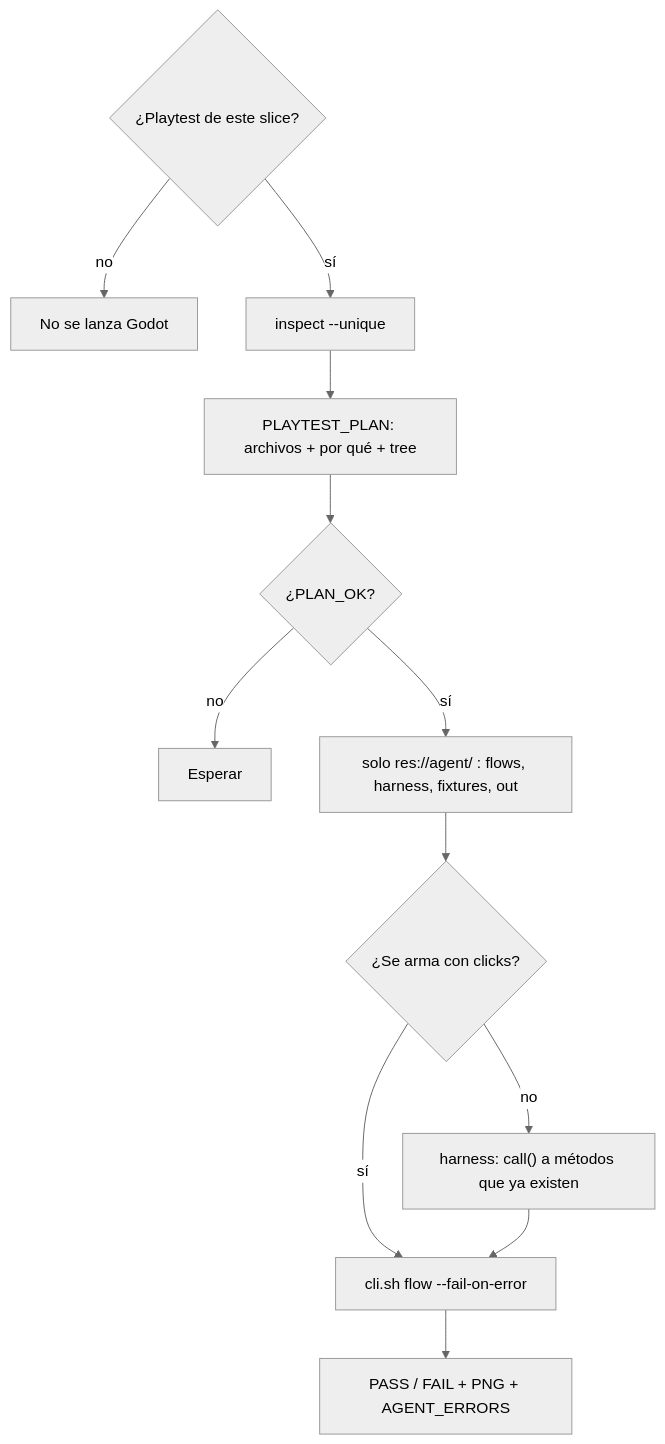
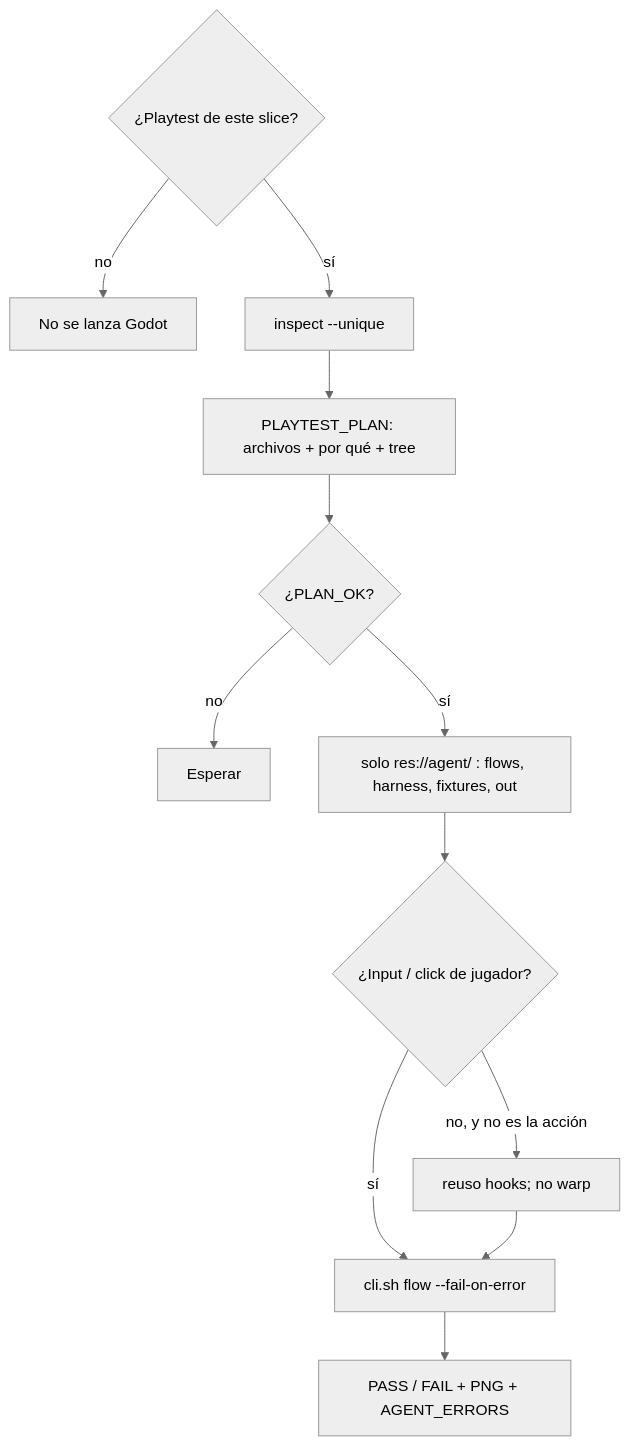
One commit to Joelnicolass/godot-studio-playtest changed the second of 2 diagrams in README.md. Above: the diagram before and after it, drawn with Mermaid (neutral theme). The commit also changed other lines of this file and 12 other files, not shown here.

First line of the commit message:
Prefer isolated fixtures, reused hooks, and player InputMap in playtests.

````diff
--- a/README.md
+++ b/README.md
@@ -66,15 +66,15 @@
 ```mermaid
 flowchart TD
   ask{¿Playtest de este slice?}
   ask -->|no| stop[No se lanza Godot]
   ask -->|sí| inspect[inspect --unique]
   inspect --> plan[PLAYTEST_PLAN: archivos + por qué + tree]
   plan --> okp{¿PLAN_OK?}
   okp -->|no| wait[Esperar]
   okp -->|sí| flow["solo res://agent/ : flows, harness, fixtures, out"]
-  flow --> clicks{¿Se arma con clicks?}
+  flow --> clicks{¿Input / click de jugador?}
   clicks -->|sí| run["cli.sh flow --fail-on-error"]
-  clicks -->|no| harness["harness: call() a métodos que ya existen"]
+  clicks -->|no, y no es la acción| harness["reuso hooks; no warp"]
   harness --> run
   run --> report[PASS / FAIL + PNG + AGENT_ERRORS]
 ```
````
